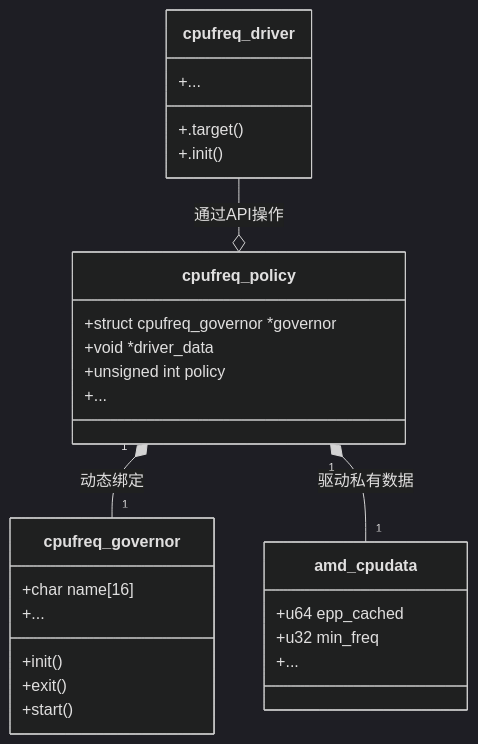
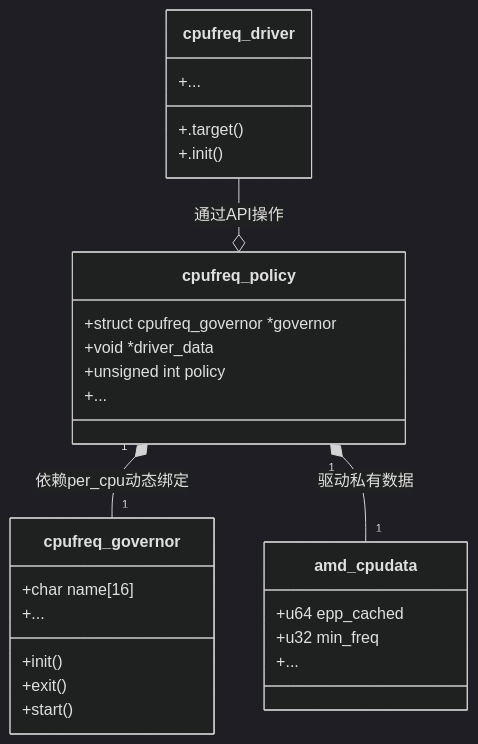
One commit to AAAwlx/note changed the first of 3 diagrams in OS/cpu调频子系统.md. Above: the diagram before and after it, drawn with Mermaid (dark theme). The commit also changed other lines of this file, not shown here.

````diff
--- a/OS/cpu调频子系统.md
+++ b/OS/cpu调频子系统.md
@@ -5,33 +7,33 @@
 ```mermaid
 classDiagram
     class cpufreq_policy {
         +struct cpufreq_governor *governor
         +void *driver_data
         +unsigned int policy
         +...
     }
 
     class cpufreq_governor {
         +char name[16]
         +init()
         +exit()
         +start()
         +...
     }
 
     class amd_cpudata {
         +u64 epp_cached
         +u32 min_freq
         +...
     }
 
     class cpufreq_driver {
         +.target()
         +.init()
         +...
     }
 
-    cpufreq_policy "1" *-- "1" cpufreq_governor : 动态绑定
+    cpufreq_policy "1" *-- "1" cpufreq_governor : 依赖per_cpu动态绑定
     cpufreq_policy "1" *-- "1" amd_cpudata : 驱动私有数据
     cpufreq_driver --o cpufreq_policy : 通过API操作
 ```
````
